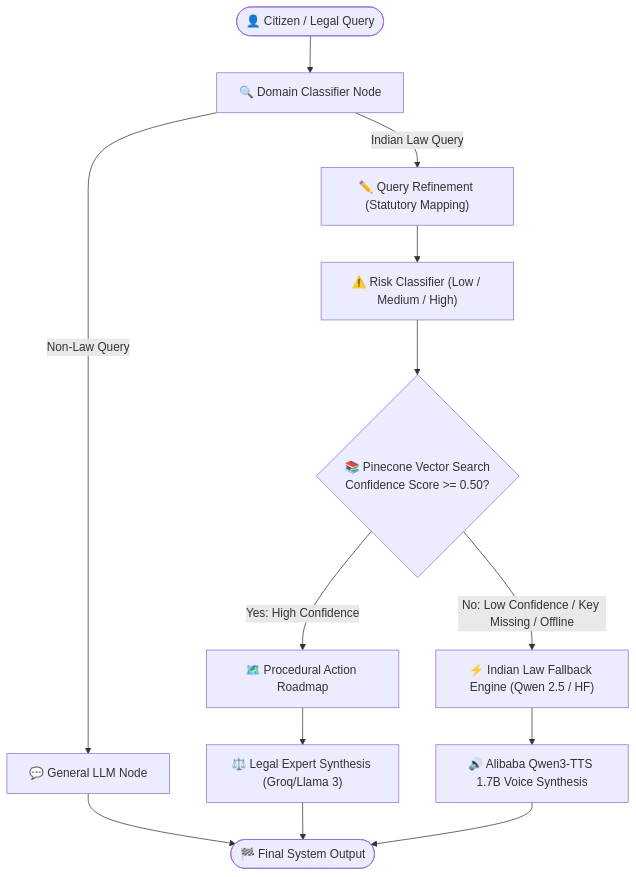
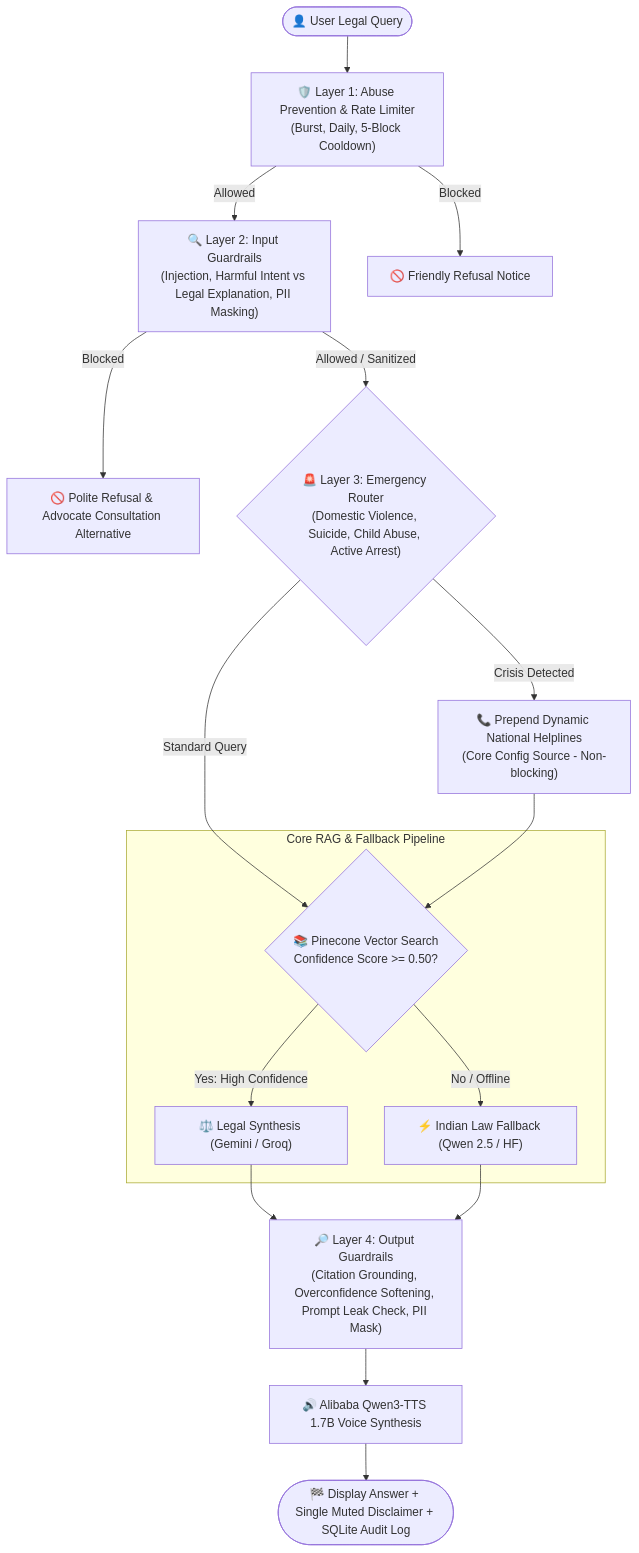
Before and after one commit to himanshu9330/indian_law-: the diagram in README.md, drawn with Mermaid. The commit also changed other lines of this file, not shown here.

Commit message:
docs: update README with multi-layered guardrails architecture and red-team test suite

````diff
--- a/README.md
+++ b/README.md
@@ -49,16 +54,25 @@
 ```mermaid
 flowchart TD
-    U(["👤 Citizen / Legal Query"]) --> DC["🔍 Domain Classifier Node"]
-    DC -->|Non-Law Query| GL["💬 General LLM Node"] --> FIN(["🏁 Final System Output"])
-    DC -->|Indian Law Query| QR["✏️ Query Refinement (Statutory Mapping)"]
+    U(["👤 User Legal Query"]) --> L1["🛡️ Layer 1: Abuse Prevention & Rate Limiter<br>(Burst, Daily, 5-Block Cooldown)"]
+    L1 -->|Allowed| L2["🔍 Layer 2: Input Guardrails<br>(Injection, Harmful Intent vs Legal Explanation, PII Masking)"]
+    L1 -->|Blocked| REF1["🚫 Friendly Refusal Notice"]
     
-    QR --> RC["⚠️ Risk Classifier (Low / Medium / High)"]
-    RC --> RAG{"📚 Pinecone Vector Search<br>Confidence Score >= 0.50?"}
+    L2 -->|Blocked| REF2["🚫 Polite Refusal & Advocate Consultation Alternative"]
+    L2 -->|Allowed / Sanitized| L3{"🚨 Layer 3: Emergency Router<br>(Domestic Violence, Suicide, Child Abuse, Active Arrest)"}
     
-    RAG -->|Yes: High Confidence| RM["🗺️ Procedural Action Roadmap"]
-    RM --> LE["⚖️ Legal Expert Synthesis (Groq/Llama 3)"] --> FIN
+    L3 -->|Crisis Detected| HELPLINE["📞 Prepend Dynamic National Helplines<br>(Core Config Source - Non-blocking)"]
+    L3 -->|Standard Query| RAG
+    HELPLINE --> RAG
     
-    RAG -->|No: Low Confidence / Key Missing / Offline| FB["⚡ Indian Law Fallback Engine (Qwen 2.5 / HF)"]
-    FB --> TTS["🔊 Alibaba Qwen3-TTS 1.7B Voice Synthesis"]
-    TTS --> FIN
+    subgraph RAG_PIPELINE ["Core RAG & Fallback Pipeline"]
+        RAG{"📚 Pinecone Vector Search<br>Confidence Score >= 0.50?"}
+        RAG -->|Yes: High Confidence| SYN["⚖️ Legal Synthesis (Gemini / Groq)"]
+        RAG -->|No / Offline| FB["⚡ Indian Law Fallback (Qwen 2.5 / HF)"]
+    end
+    
+    SYN --> L4["🔎 Layer 4: Output Guardrails<br>(Citation Grounding, Overconfidence Softening, Prompt Leak Check, PII Mask)"]
+    FB --> L4
+    
+    L4 --> TTS["🔊 Alibaba Qwen3-TTS 1.7B Voice Synthesis"]
+    TTS --> FIN(["🏁 Display Answer + Single Muted Disclaimer + SQLite Audit Log"])
 ```
````
